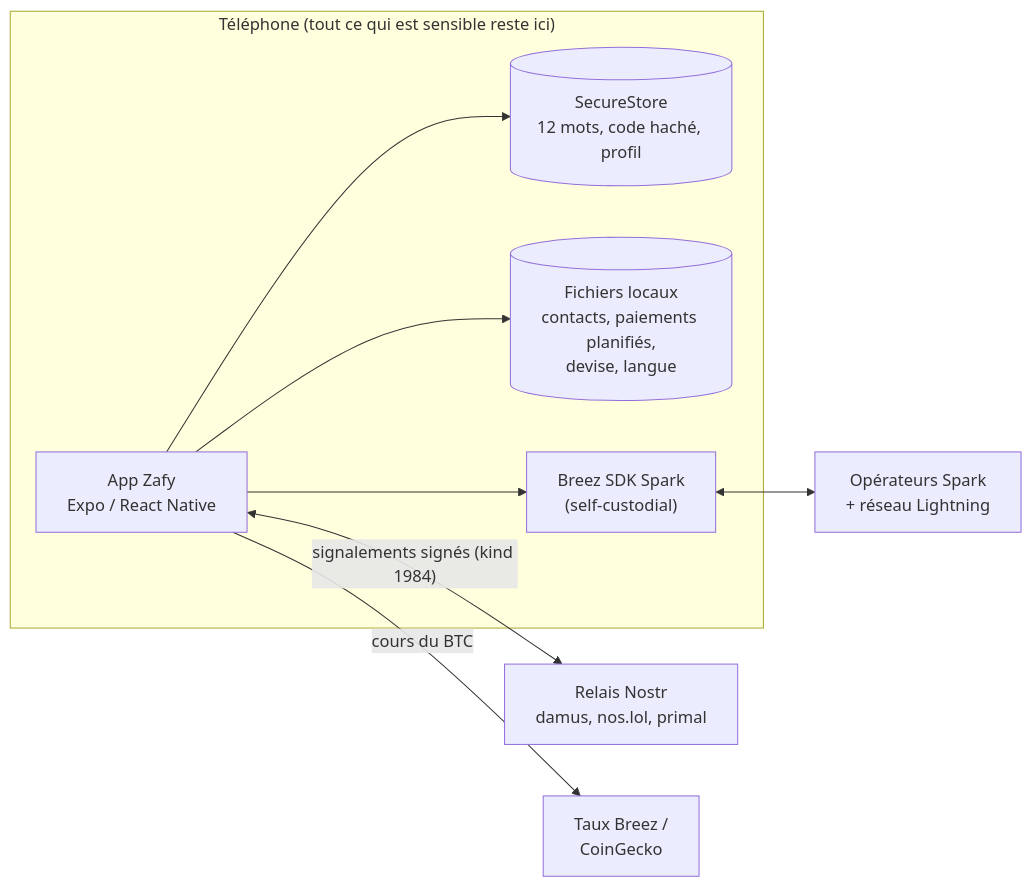
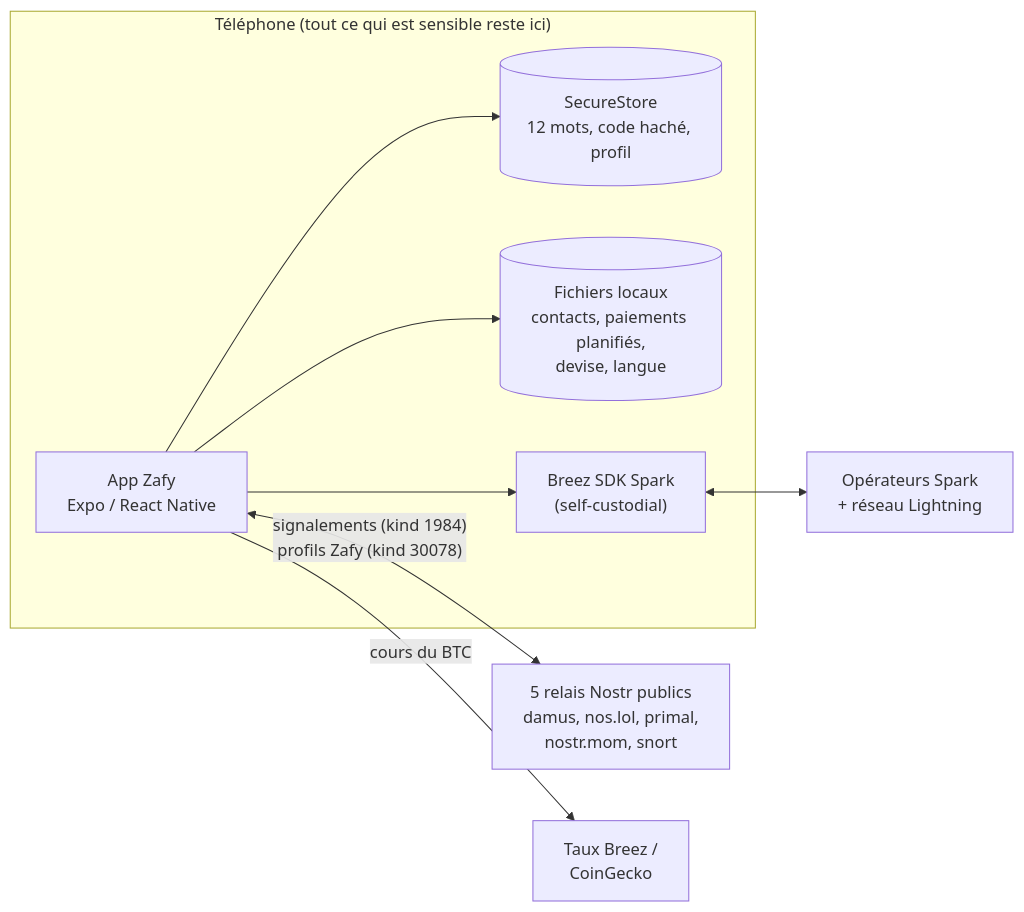
The diagram in README.md (LayeBALDEabdou/zafy), drawn with Mermaid before and after one commit. The commit also changed other lines of this file and 30 other files, not shown here.

````diff
--- a/README.md
+++ b/README.md
@@ -125,15 +129,15 @@
 ```mermaid
 flowchart LR
   subgraph Phone["Téléphone (tout ce qui est sensible reste ici)"]
     UI["App Zafy<br/>Expo / React Native"]
     SS[("SecureStore<br/>12 mots, code haché, profil")]
     FS[("Fichiers locaux<br/>contacts, paiements planifiés,<br/>devise, langue")]
     SDK["Breez SDK Spark<br/>(self-custodial)"]
     UI --> SS
     UI --> FS
     UI --> SDK
   end
   SDK <--> Spark["Opérateurs Spark<br/>+ réseau Lightning"]
-  UI <-- "signalements signés (kind 1984)" --> Relays["Relais Nostr<br/>damus, nos.lol, primal"]
+  UI <-- "signalements (kind 1984)<br/>profils Zafy (kind 30078)" --> Relays["5 relais Nostr publics<br/>damus, nos.lol, primal,<br/>nostr.mom, snort"]
   UI -- "cours du BTC" --> Rates["Taux Breez /<br/>CoinGecko"]
 ```
````
